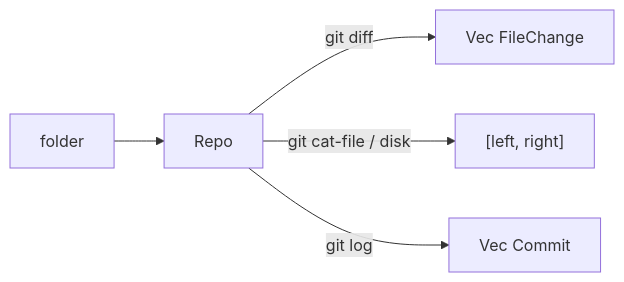
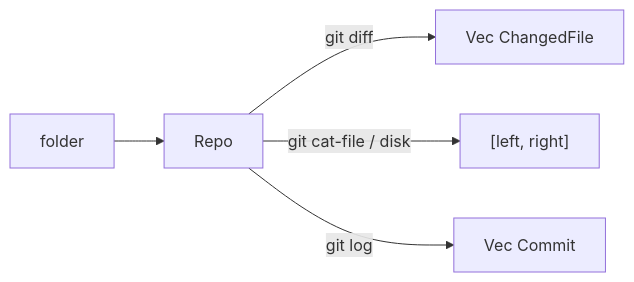
Before and after one commit to akemkers/jetdiff: the diagram in crates/jetdiff-git/README.md, drawn with Mermaid. The commit also changed other lines of this file and 35 other files, not shown here.

````diff
--- a/crates/jetdiff-git/README.md
+++ b/crates/jetdiff-git/README.md
@@ -24,7 +24,7 @@
 ```mermaid
 graph LR
     dir[folder] --> repo[Repo]
-    repo -- git diff --> changes[Vec FileChange]
+    repo -- git diff --> files[Vec ChangedFile]
     repo -- git cat-file / disk --> read["[left, right]"]
     repo -- git log --> commits[Vec Commit]
 ```
````
